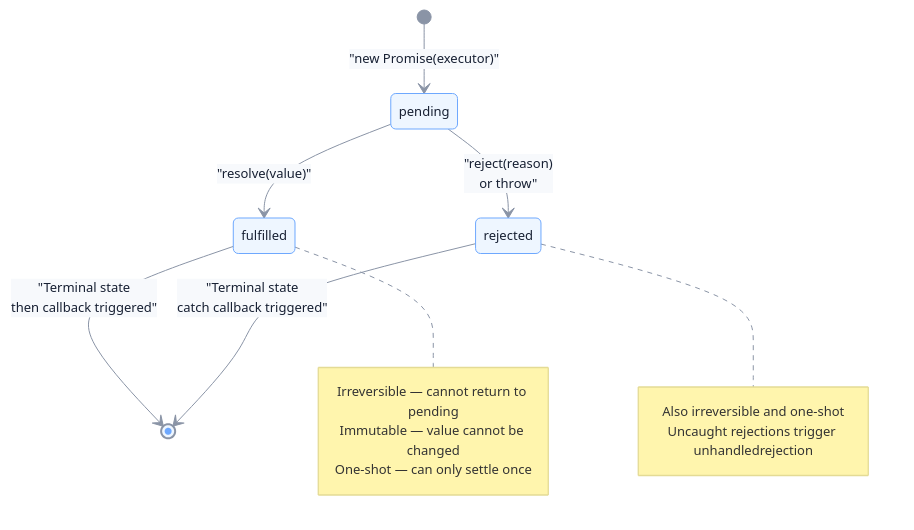
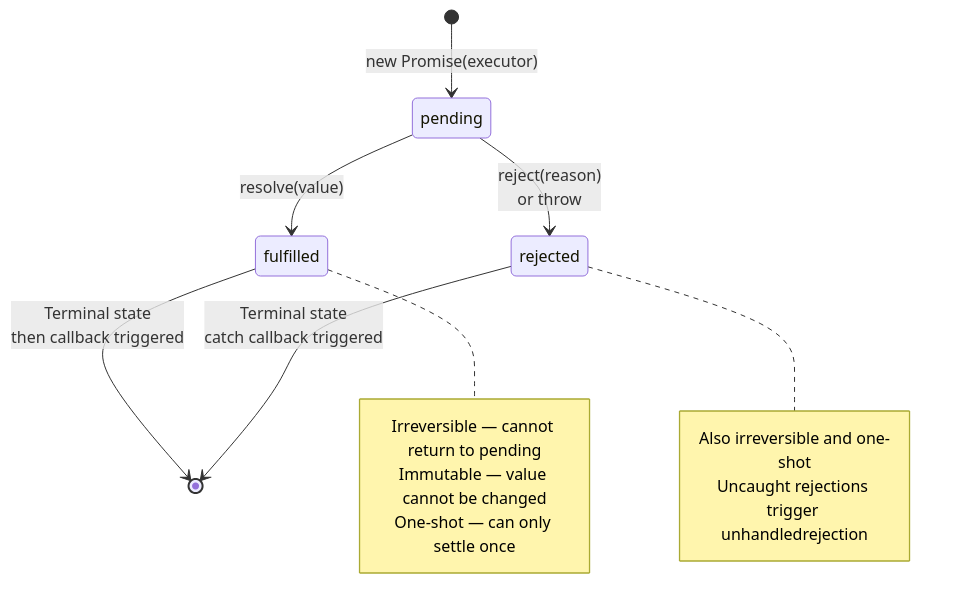
The second of 3 diagrams in docs/en/javascript/async-evolution.md (Fatejian/frontier-vault), drawn with Mermaid before and after one commit. The commit also changed other lines of this file and 41 other files, not shown here.

````diff
--- a/docs/en/javascript/async-evolution.md
+++ b/docs/en/javascript/async-evolution.md
@@ -279,19 +261,18 @@
 ```mermaid
-%%{init: {'theme': 'base', 'themeVariables': { 'fontFamily': 'Inter, sans-serif', 'primaryColor': '#EEF6FF', 'primaryTextColor': '#172033', 'primaryBorderColor': '#6EA8FE', 'lineColor': '#8A94A6', 'secondaryColor': '#F7F9FC', 'tertiaryColor': '#FFF7E6', 'fontSize': '13px'}}}%%
 stateDiagram-v2
-    [*] --> pending: "new Promise(executor)"
-    pending --> fulfilled: "resolve(value)"
-    pending --> rejected: "reject(reason)<br/>or throw"
-    fulfilled --> [*]: "Terminal state<br/>then callback triggered"
-    rejected --> [*]: "Terminal state<br/>catch callback triggered"
+    [*] --> pending: new Promise(executor)
+    pending --> fulfilled: resolve(value)
+    pending --> rejected: reject(reason)<br/>or throw
+    fulfilled --> [*]: Terminal state<br/>then callback triggered
+    rejected --> [*]: Terminal state<br/>catch callback triggered
 
     note right of fulfilled
         Irreversible — cannot return to pending
         Immutable — value cannot be changed
         One-shot — can only settle once
     end note
     note right of rejected
         Also irreversible and one-shot
         Uncaught rejections trigger unhandledrejection
     end note
 ```
````
